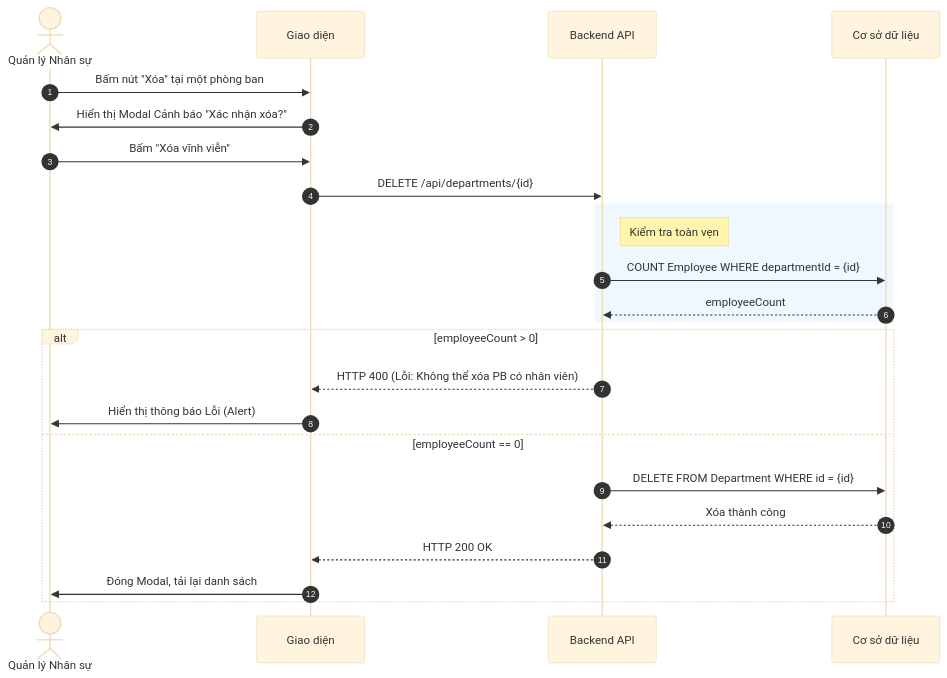
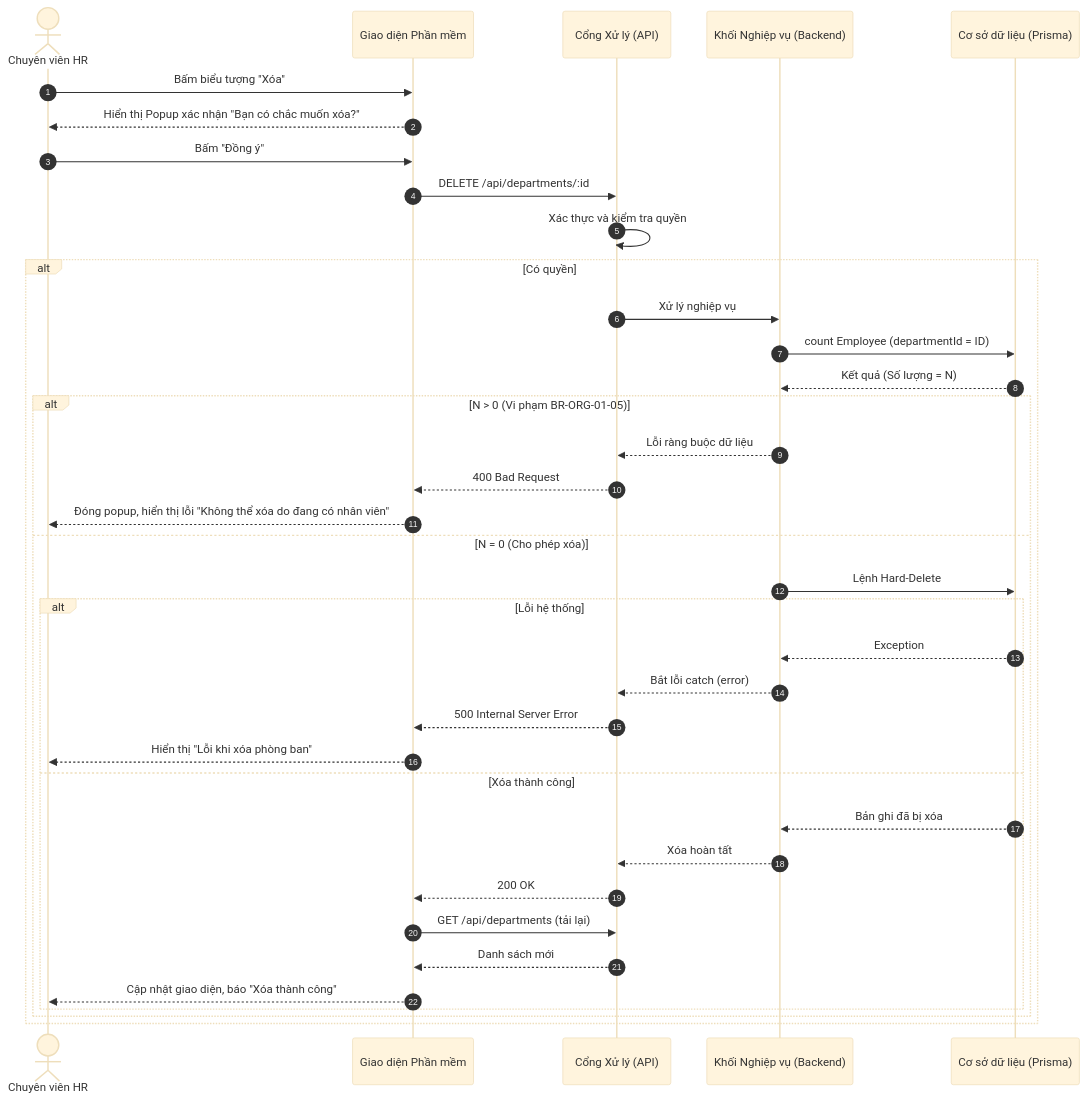
The third of 3 diagrams in docs/Tài liệu phân tích nghiệp vụ từng module/Module Tổ chức/Chuc-nang-Quan-ly-Phong-ban.md (aye2710/HRM-DATN), drawn with Mermaid (base theme) before and after one commit. The commit also changed other lines of this file and 32 other files, not shown here.

````diff
--- a/docs/Tài liệu phân tích nghiệp vụ từng module/Module Tổ chức/Chuc-nang-Quan-ly-Phong-ban.md
+++ b/docs/Tài liệu phân tích nghiệp vụ từng module/Module Tổ chức/Chuc-nang-Quan-ly-Phong-ban.md
@@ -95,30 +174,43 @@
 ```mermaid
 sequenceDiagram
     autonumber
-    actor HR as Quản lý Nhân sự
-    participant FE as Giao diện
-    participant BE as Backend API
-    participant DB as Cơ sở dữ liệu
+    actor HR as Chuyên viên HR
+    participant FE as Giao diện Phần mềm
+    participant API as Cổng Xử lý (API)
+    participant BE as Khối Nghiệp vụ (Backend)
+    participant DB as Cơ sở dữ liệu (Prisma)
 
-    HR->>FE: Bấm nút "Xóa" tại một phòng ban
-    FE->>HR: Hiển thị Modal Cảnh báo "Xác nhận xóa?"
-    HR->>FE: Bấm "Xóa vĩnh viễn"
+    HR->>FE: Bấm biểu tượng "Xóa"
+    FE-->>HR: Hiển thị Popup xác nhận "Bạn có chắc muốn xóa?"
     
-    FE->>BE: DELETE /api/departments/{id}
+    HR->>FE: Bấm "Đồng ý"
+    FE->>API: DELETE /api/departments/:id
     
-    rect rgb(240, 248, 255)
-        note right of BE: Kiểm tra toàn vẹn
-        BE->>DB: COUNT Employee WHERE departmentId = {id}
-        DB-->>BE: employeeCount
-    end
-    
-    alt employeeCount > 0
-        BE-->>FE: HTTP 400 (Lỗi: Không thể xóa PB có nhân viên)
-        FE->>HR: Hiển thị thông báo Lỗi (Alert)
-    else employeeCount == 0
-        BE->>DB: DELETE FROM Department WHERE id = {id}
-        DB-->>BE: Xóa thành công
-        BE-->>FE: HTTP 200 OK
-        FE->>HR: Đóng Modal, tải lại danh sách
+    API->>API: Xác thực và kiểm tra quyền
+    alt Có quyền
+        API->>BE: Xử lý nghiệp vụ
+        BE->>DB: count Employee (departmentId = ID)
+        DB-->>BE: Kết quả (Số lượng = N)
+        
+        alt N > 0 (Vi phạm BR-ORG-01-05)
+            BE-->>API: Lỗi ràng buộc dữ liệu
+            API-->>FE: 400 Bad Request
+            FE-->>HR: Đóng popup, hiển thị lỗi "Không thể xóa do đang có nhân viên"
+        else N = 0 (Cho phép xóa)
+            BE->>DB: Lệnh Hard-Delete
+            alt Lỗi hệ thống
+                DB-->>BE: Exception
+                BE-->>API: Bắt lỗi catch (error)
+                API-->>FE: 500 Internal Server Error
+                FE-->>HR: Hiển thị "Lỗi khi xóa phòng ban"
+            else Xóa thành công
+                DB-->>BE: Bản ghi đã bị xóa
+                BE-->>API: Xóa hoàn tất
+                API-->>FE: 200 OK
+                FE->>API: GET /api/departments (tải lại)
+                API-->>FE: Danh sách mới
+                FE-->>HR: Cập nhật giao diện, báo "Xóa thành công"
+            end
+        end
     end
 ```
````
